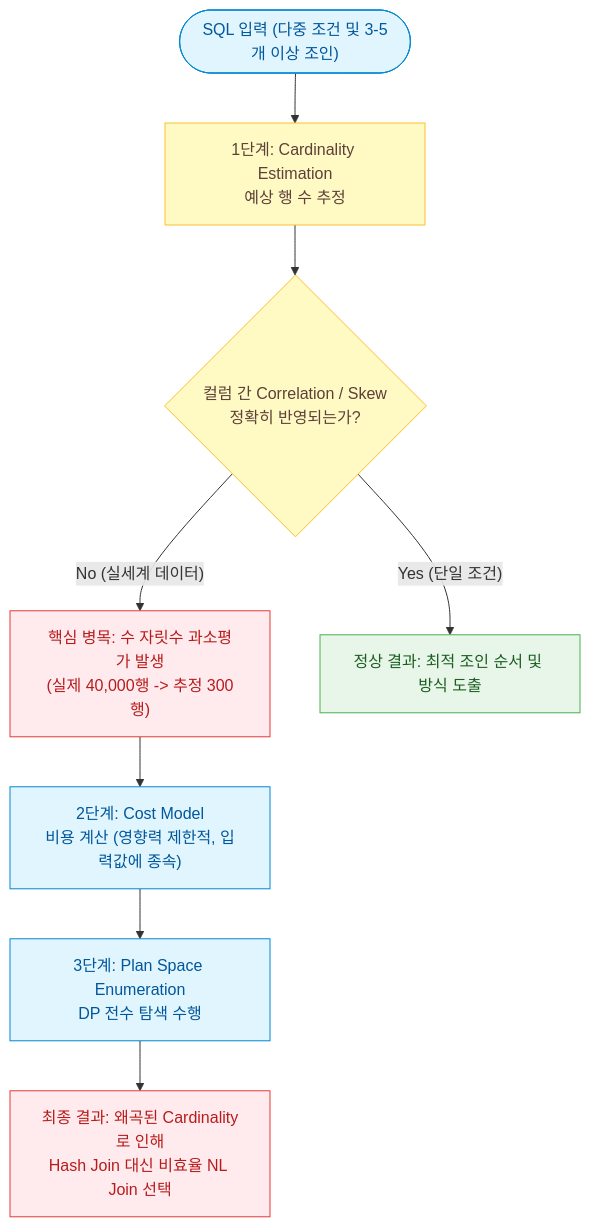
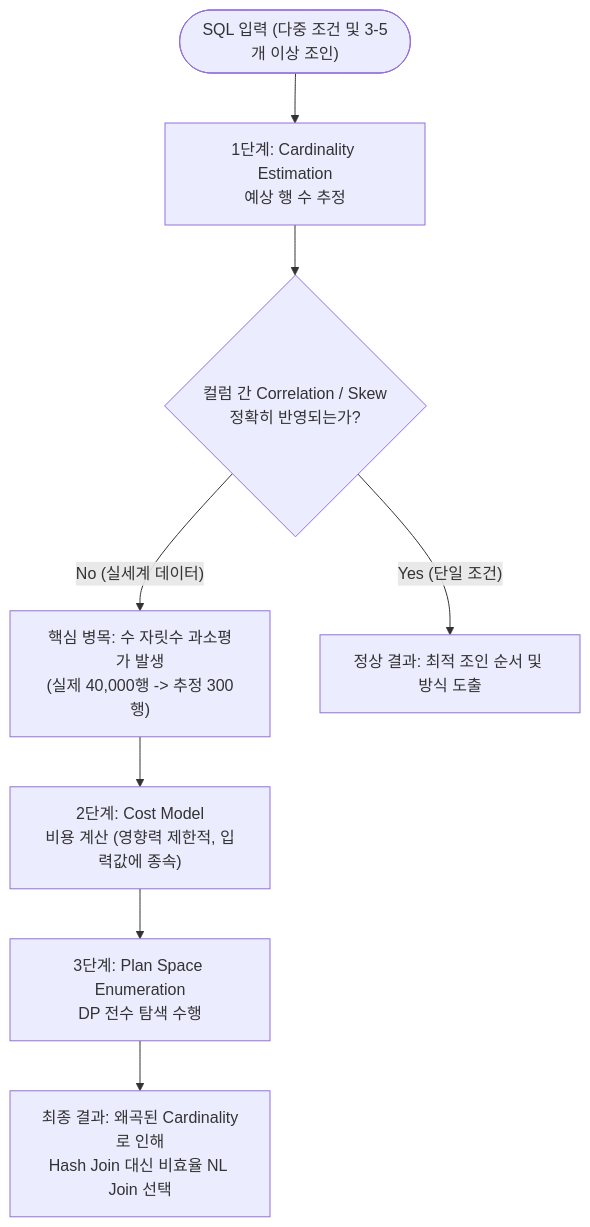
The first of 3 diagrams in docs/dbms/distributed/query-optimizer-cardinality-and-subquery-internals.md (djpibo/djpibo.github.io), drawn with Mermaid before and after one commit. The commit also changed other lines of this file and 8 other files, not shown here.

Commit message:
style(mermaid): unify all diagrams to monochrome and remove colored rect boxes

````diff
--- a/docs/dbms/distributed/query-optimizer-cardinality-and-subquery-internals.md
+++ b/docs/dbms/distributed/query-optimizer-cardinality-and-subquery-internals.md
@@ -19,21 +19,17 @@
 ```mermaid
 flowchart TD
-    classDef storage fill:#E8F5E9,stroke:#4CAF50,color:#1B5E20;
-    classDef process fill:#FFF9C4,stroke:#FBC02D,color:#5D4037;
-    classDef cloud fill:#E1F5FE,stroke:#0288D1,color:#01579B;
-    classDef danger fill:#FFEBEE,stroke:#E53935,color:#B71C1C;
 
-    Q(["SQL 입력 (다중 조건 및 3-5개 이상 조인)"]):::cloud
-    CE["1단계: Cardinality Estimation<br/>예상 행 수 추정"]:::process
-    CE_CHECK{"컬럼 간 Correlation / Skew<br/>정확히 반영되는가?"}:::process
-    CE_ERR["핵심 병목: 수 자릿수 과소평가 발생<br/>(실제 40,000행 -> 추정 300행)"]:::danger
+    Q(["SQL 입력 (다중 조건 및 3-5개 이상 조인)"])
+    CE["1단계: Cardinality Estimation<br/>예상 행 수 추정"]
+    CE_CHECK{"컬럼 간 Correlation / Skew<br/>정확히 반영되는가?"}
+    CE_ERR["핵심 병목: 수 자릿수 과소평가 발생<br/>(실제 40,000행 -> 추정 300행)"]
 
-    CM["2단계: Cost Model<br/>비용 계산 (영향력 제한적, 입력값에 종속)"]:::cloud
-    PE["3단계: Plan Space Enumeration<br/>DP 전수 탐색 수행"]:::cloud
-    RES["최종 결과: 왜곡된 Cardinality로 인해<br/>Hash Join 대신 비효율 NL Join 선택"]:::danger
-    OK["정상 결과: 최적 조인 순서 및 방식 도출"]:::storage
+    CM["2단계: Cost Model<br/>비용 계산 (영향력 제한적, 입력값에 종속)"]
+    PE["3단계: Plan Space Enumeration<br/>DP 전수 탐색 수행"]
+    RES["최종 결과: 왜곡된 Cardinality로 인해<br/>Hash Join 대신 비효율 NL Join 선택"]
+    OK["정상 결과: 최적 조인 순서 및 방식 도출"]
 
     Q --> CE --> CE_CHECK
     CE_CHECK -->|"No (실세계 데이터)"| CE_ERR --> CM --> PE --> RES
     CE_CHECK -->|"Yes (단일 조건)"| OK
 ```
````
